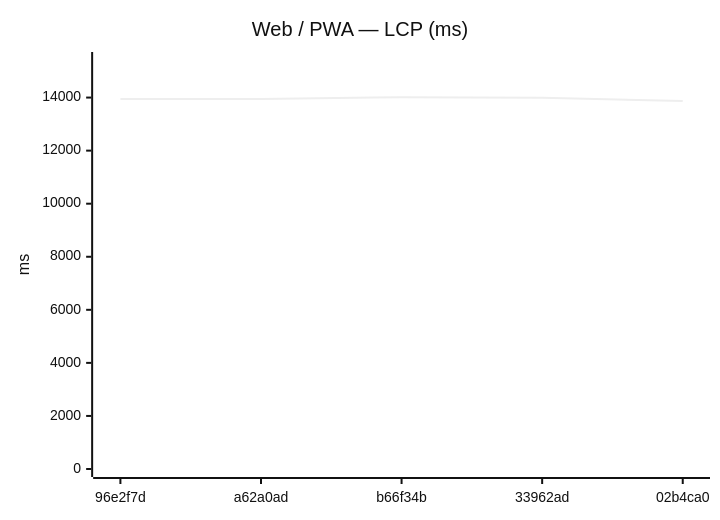
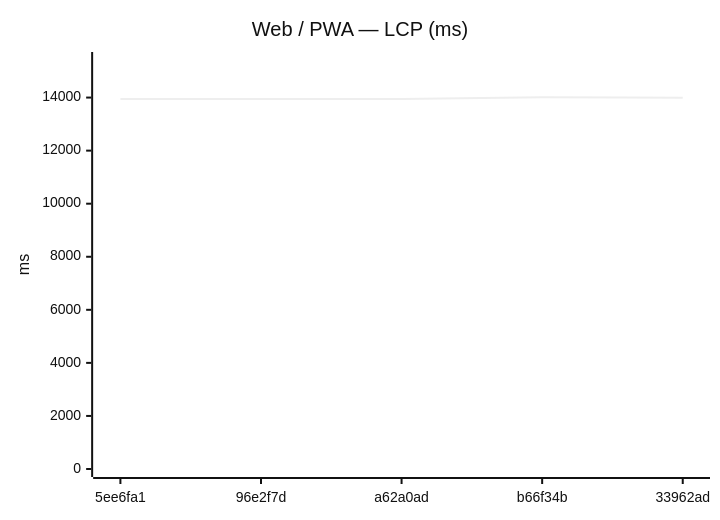
Before and after one commit to Metaheurist/Rianell: the seventh of 18 diagrams in benchmarks/compare.md, drawn with Mermaid (neutral theme). The commit also changed other lines of this file and 11 other files, not shown here.

````diff
--- a/benchmarks/compare.md
+++ b/benchmarks/compare.md
@@ -117,7 +117,7 @@
 ```mermaid
 xychart-beta
     title "Web / PWA — LCP (ms)"
-    x-axis ["96e2f7d", "a62a0ad", "b66f34b", "33962ad", "02b4ca0"]
+    x-axis ["5ee6fa1", "96e2f7d", "a62a0ad", "b66f34b", "33962ad"]
     y-axis "ms" 0 --> 15416
-    line [13945, 13945, 14014, 13997, 13868]
+    line [13942, 13945, 13945, 14014, 13997]
 ```
````
